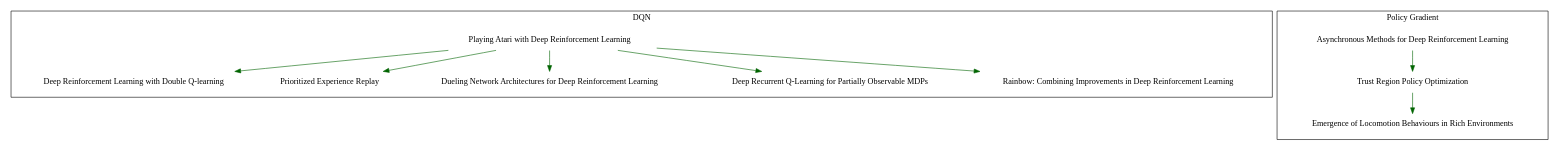
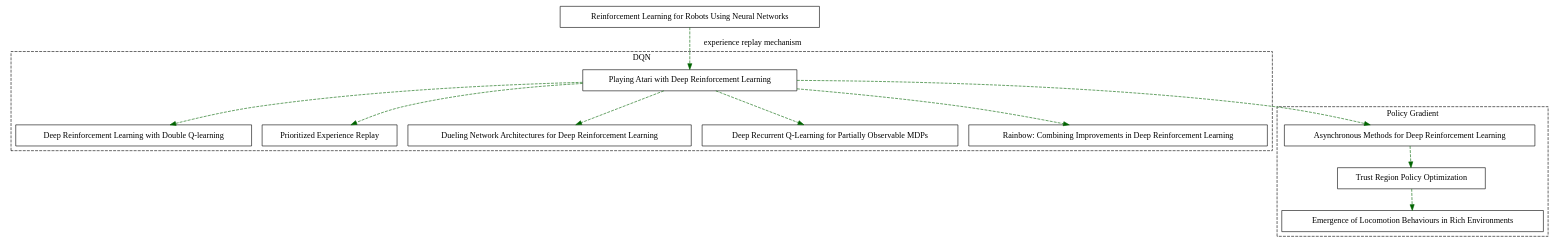
Before and after one commit to Tony-Tan/Reading-Progress: the diagram in paper_graph.gv, drawn with Graphviz. The commit also changed 1 other file, not shown here.

Commit message:
intialize graph

```diff
--- a/paper_graph.gv
+++ b/paper_graph.gv
@@ -1,52 +1,58 @@
 digraph ML_Math{           //设置分辨率
 	//graph[bgcolor="cadetblue"];
 	{
-		node[shape=plaintext]
+		//node[shape=plaintext]
 		//"2013"->"2014"->"2015"->"2016"->"2017";
 	}
 	{
-		node[shape=plaintext]
+		node[shape=box]
+		//1993
+		a1993[label="Reinforcement Learning for Robots Using Neural Networks"];
 		//2013
 		a2013[label="Playing Atari with Deep Reinforcement Learning"];
 		//2015
 		a2015[label="Deep Reinforcement Learning with Double Q-learning"]
 		//2016
 		a2016[label="Prioritized Experience Replay"]
 		b2016[label="Dueling Network Architectures for Deep Reinforcement Learning"]
 		c2016[label="Asynchronous Methods for Deep Reinforcement Learning"]
 		//2017
 		a2017[label="Deep Recurrent Q-Learning for Partially Observable MDPs"]
 		b2017[label="Rainbow: Combining Improvements in Deep Reinforcement Learning"]
 		c2017[label="Trust Region Policy Optimization"]
 		d2017[label="Emergence of Locomotion Behaviours in Rich Environments"]
 	}
 	/*{
 		{rank=same;"2013";a2013}
 		{rank=same;"2014";}
 		{rank=same;"2015";a2015;}
 		{rank=same;"2016";a2016;b2016}
 		{rank=same;"2017";a2017;b2017;c2017;d2017}
 	}*/
 
 	{
-		edge[color=darkgreen]
+		edge[color=darkgreen,style=dashed]
+		a1993->a2013[label="experience replay mechanism"];
 		a2013->a2015;
 		a2013->a2016;
 		a2013->b2016;
 		a2013->a2017;
 		a2013->b2017;
 		c2016->c2017;
 		c2017->d2017;
+		a2013->c2016;
 	}
 	subgraph cluster_dqn{
 		label="DQN"
+		style="dashed"
 		node [shape = box, color = blue]
 		a2013; a2015; a2016; b2016; b2017;a2017;
 	}
 	subgraph cluster_pg{
 		label="Policy Gradient"
+		style="dashed"
 		node [shape = box, color = blue]
 		c2016;d2017;c2017;
 	}
 	
 }
```
